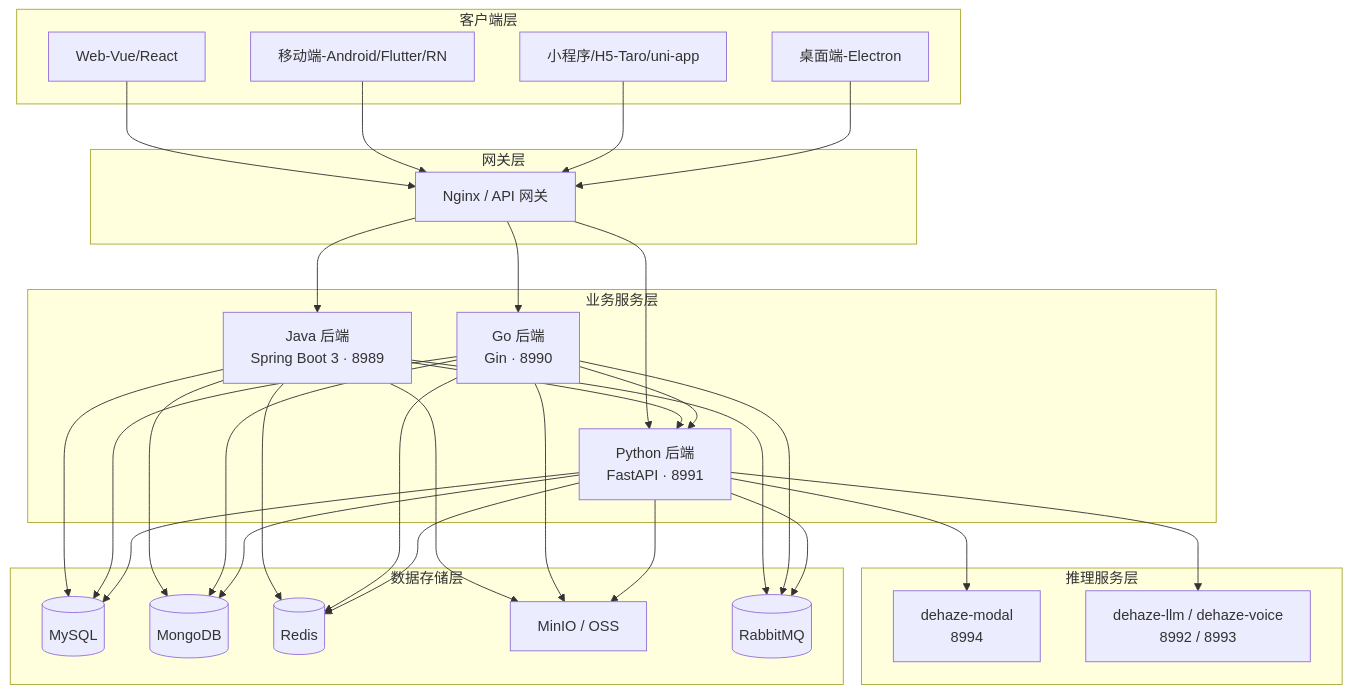
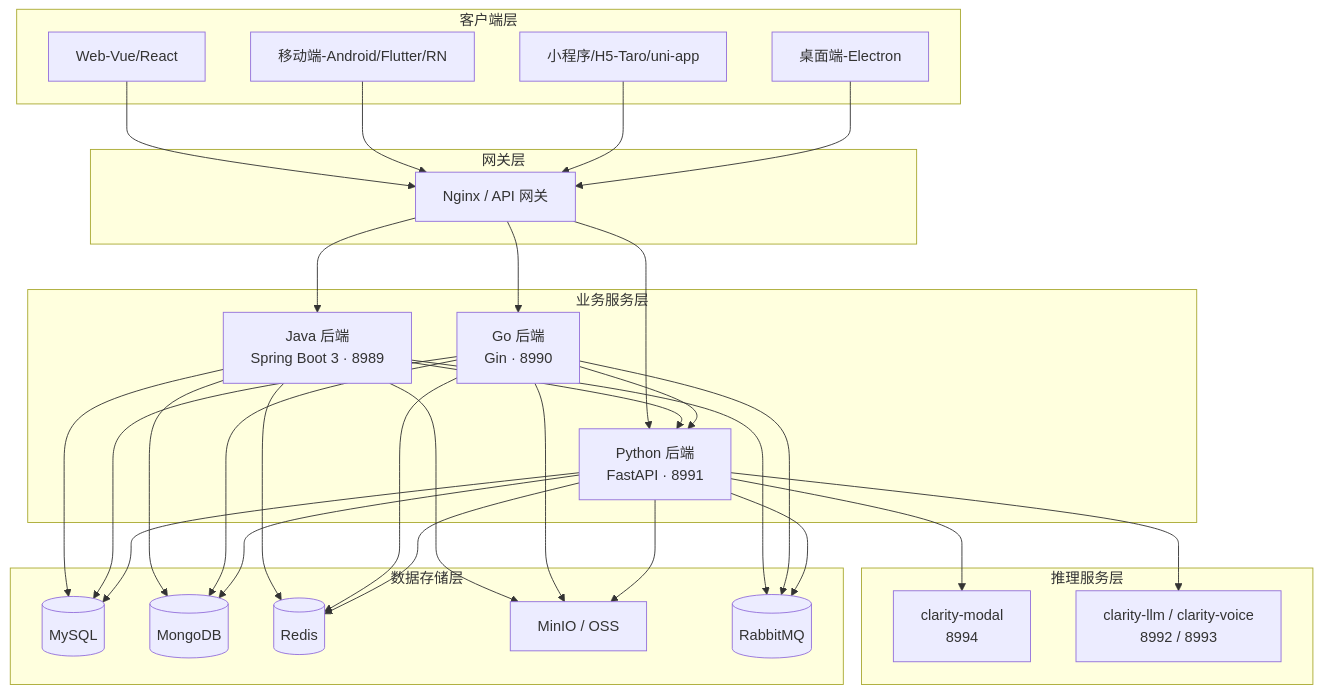
Before and after one commit to earthy-zinc/dehaze-system: the diagram in README.md, drawn with Mermaid. The commit also changed other lines of this file and 62 other files, not shown here.

First line of the commit message:
chore(repo): 项目更名 dehaze -> clarity 并重构工具链配置

````diff
--- a/README.md
+++ b/README.md
@@ -40,32 +40,32 @@
 ```mermaid
 graph TB
     subgraph 客户端层
         A1[Web-Vue/React]
         A2[移动端-Android/Flutter/RN]
         A3[小程序/H5-Taro/uni-app]
         A4[桌面端-Electron]
     end
     subgraph 网关层
         B[Nginx / API 网关]
     end
     subgraph 业务服务层
         C1[Java 后端<br/>Spring Boot 3 · 8989]
         C2[Go 后端<br/>Gin · 8990]
         C3[Python 后端<br/>FastAPI · 8991]
     end
     subgraph 推理服务层
-        D1[dehaze-modal<br/>8994]
-        D2[dehaze-llm / dehaze-voice<br/>8992 / 8993]
+        D1[clarity-modal<br/>8994]
+        D2[clarity-llm / clarity-voice<br/>8992 / 8993]
     end
     subgraph 数据存储层
         E1[(MySQL)]
         E2[(MongoDB)]
         E3[(Redis)]
         E4[MinIO / OSS]
         E5[(RabbitMQ)]
     end
     A1 & A2 & A3 & A4 --> B --> C1 & C2 & C3
     C1 & C2 --> C3
     C3 --> D1 & D2
     C1 & C2 & C3 --> E1 & E2 & E3 & E4 & E5
 ```
````
